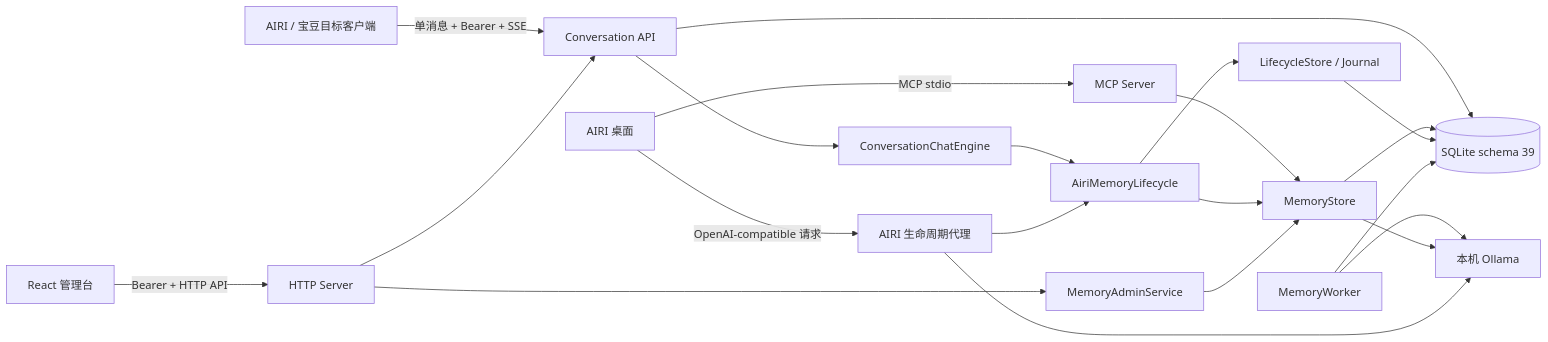
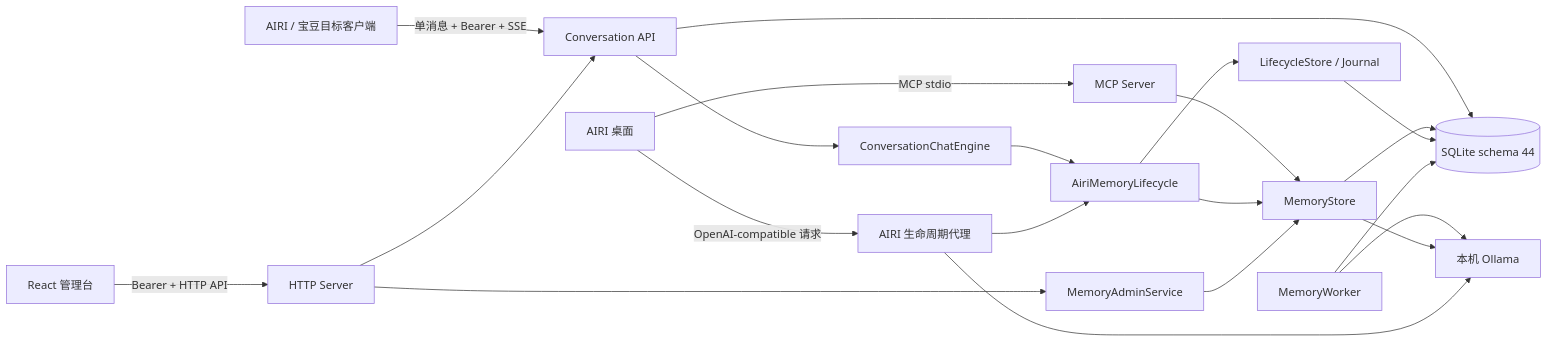
Before and after one commit to yanglinfeng/memory-bridge: the first of 3 diagrams in docs/technical-reference.md, drawn with Mermaid. The commit also changed other lines of this file and 16 other files, not shown here.

````diff
--- a/docs/technical-reference.md
+++ b/docs/technical-reference.md
@@ -25,23 +25,23 @@
 ```mermaid
 flowchart LR
   AIRI["AIRI 桌面"] -->|"OpenAI-compatible 请求"| Proxy["AIRI 生命周期代理"]
   Client["AIRI / 宝豆目标客户端"] -->|"单消息 + Bearer + SSE"| Conversation["Conversation API"]
   AIRI -->|"MCP stdio"| MCP["MCP Server"]
   Browser["React 管理台"] -->|"Bearer + HTTP API"| HTTP["HTTP Server"]
   HTTP --> Conversation
   Conversation --> Chat["ConversationChatEngine"]
   Chat --> Lifecycle
   Proxy --> Lifecycle["AiriMemoryLifecycle"]
   MCP --> Store["MemoryStore"]
   HTTP --> Admin["MemoryAdminService"]
   Lifecycle --> Store
   Lifecycle --> Journal["LifecycleStore / Journal"]
   Admin --> Store
-  Conversation --> SQLite[("SQLite schema 39")]
+  Conversation --> SQLite[("SQLite schema 44")]
   Store --> SQLite
   Journal --> SQLite
   Worker["MemoryWorker"] --> SQLite
   Worker --> Ollama["本机 Ollama"]
   Store --> Ollama
   Proxy --> Ollama
 ```
````
